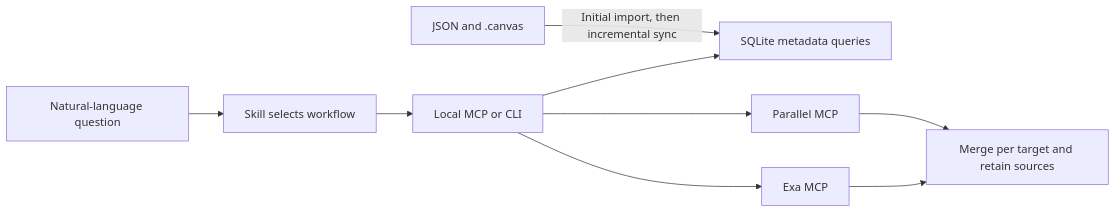
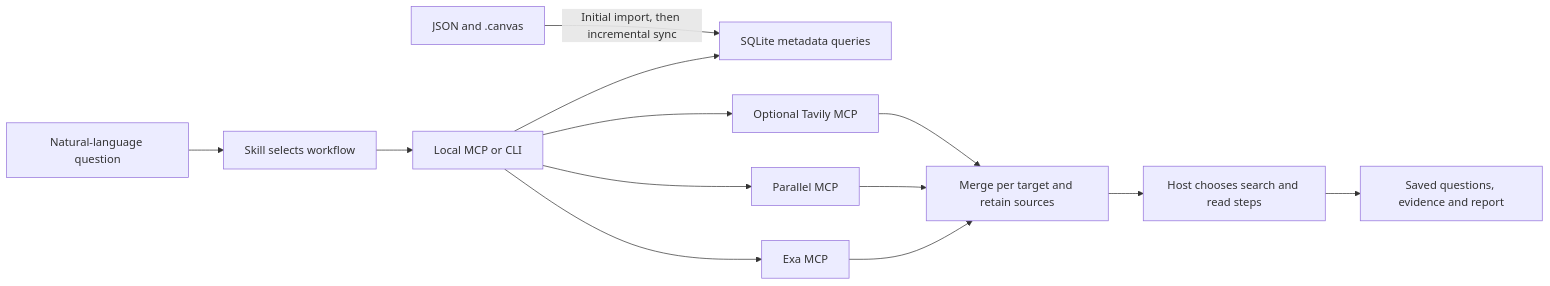
The diagram in README.md (Browser-bookmark-hub/Bookmark-Research), drawn with Mermaid before and after one commit. The commit also changed other lines of this file and 44 other files, not shown here.

````diff
--- a/README.md
+++ b/README.md
@@ -51,11 +58,15 @@
 ```mermaid
 flowchart LR
   U[Natural-language question] --> S[Skill selects workflow]
   S --> M[Local MCP or CLI]
   M --> Q[SQLite metadata queries]
   J[JSON and .canvas] -->|Initial import, then incremental sync| Q
   M --> E[Exa MCP]
   M --> P[Parallel MCP]
+  M --> T[Optional Tavily MCP]
   E --> R[Merge per target and retain sources]
   P --> R
+  T --> R
+  R --> D[Host chooses search and read steps]
+  D --> L[Saved questions, evidence and report]
 ```
````
